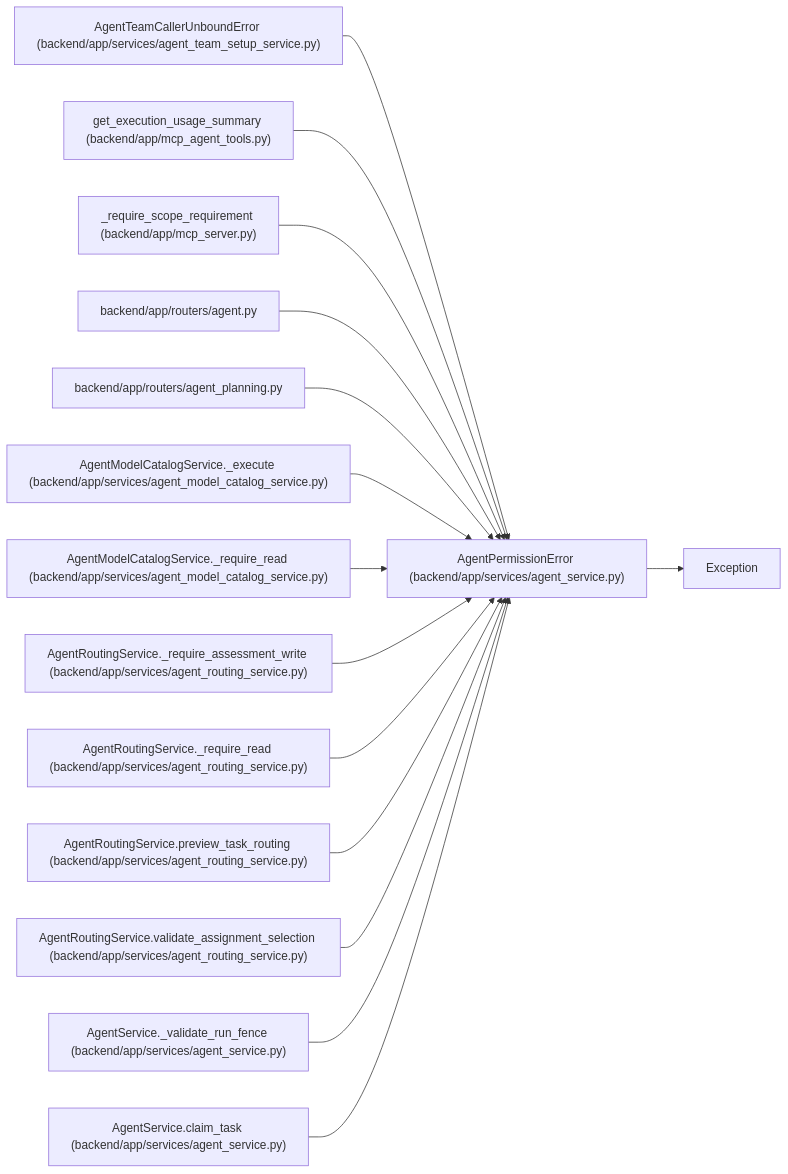
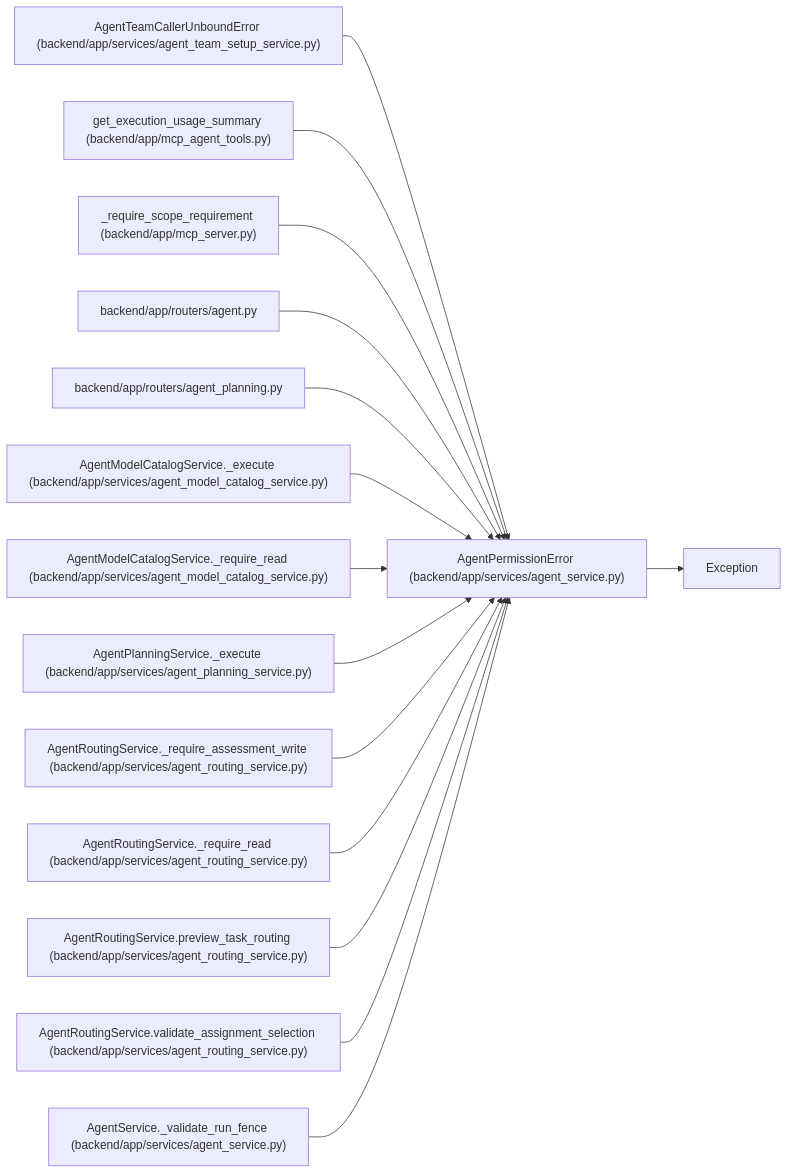
Before and after one commit to Denissvgn/WorkChord: the diagram in docs/llm_wiki/entities/AgentPermissionError.md, drawn with Mermaid. The commit also changed other lines of this file and 1420 other files, not shown here.

First line of the commit message:
Refresh the architectural wiki for the 1.10.0 changes

````diff
--- a/docs/llm_wiki/entities/AgentPermissionError.md
+++ b/docs/llm_wiki/entities/AgentPermissionError.md
@@ -23,46 +23,46 @@
 ```mermaid
 flowchart LR
     n0["AgentPermissionError (backend/app/services/agent_service.py)"]
     n1["Exception"]
     n2["AgentTeamCallerUnboundError (backend/app/services/agent_team_setup_service.py)"]
     n3["get_execution_usage_summary (backend/app/mcp_agent_tools.py)"]
     n4["_require_scope_requirement (backend/app/mcp_server.py)"]
     n5["backend/app/routers/agent.py"]
     n6["backend/app/routers/agent_planning.py"]
     n7["AgentModelCatalogService._execute (backend/app/services/agent_model_catalog_service.py)"]
     n8["AgentModelCatalogService._require_read (backend/app/services/agent_model_catalog_service.py)"]
-    n9["AgentRoutingService._require_assessment_write (backend/app/services/agent_routing_service.py)"]
-    n10["AgentRoutingService._require_read (backend/app/services/agent_routing_service.py)"]
-    n11["AgentRoutingService.preview_task_routing (backend/app/services/agent_routing_service.py)"]
-    n12["AgentRoutingService.validate_assignment_selection (backend/app/services/agent_routing_service.py)"]
-    n13["AgentService._validate_run_fence (backend/app/services/agent_service.py)"]
-    n14["AgentService.claim_task (backend/app/services/agent_service.py)"]
+    n9["AgentPlanningService._execute (backend/app/services/agent_planning_service.py)"]
+    n10["AgentRoutingService._require_assessment_write (backend/app/services/agent_routing_service.py)"]
+    n11["AgentRoutingService._require_read (backend/app/services/agent_routing_service.py)"]
+    n12["AgentRoutingService.preview_task_routing (backend/app/services/agent_routing_service.py)"]
+    n13["AgentRoutingService.validate_assignment_selection (backend/app/services/agent_routing_service.py)"]
+    n14["AgentService._validate_run_fence (backend/app/services/agent_service.py)"]
     n0 --> n1
     n2 --> n0
     n3 --> n0
     n4 --> n0
     n5 --> n0
     n6 --> n0
     n7 --> n0
     n8 --> n0
     n9 --> n0
     n10 --> n0
     n11 --> n0
     n12 --> n0
     n13 --> n0
     n14 --> n0
     click n0 "../modules/agent_service.md"
     click n2 "../modules/agent_team_setup_service.md"
     click n3 "../modules/mcp_agent_tools.md"
     click n4 "../modules/mcp_server.md"
     click n5 "../modules/routers_agent.md"
     click n6 "../modules/routers_agent_planning.md"
     click n7 "../modules/agent_model_catalog_service.md"
     click n8 "../modules/agent_model_catalog_service.md"
-    click n9 "../modules/agent_routing_service.md"
+    click n9 "../modules/agent_planning_service.md"
     click n10 "../modules/agent_routing_service.md"
     click n11 "../modules/agent_routing_service.md"
     click n12 "../modules/agent_routing_service.md"
-    click n13 "../modules/agent_service.md"
+    click n13 "../modules/agent_routing_service.md"
     click n14 "../modules/agent_service.md"
 ```
````
